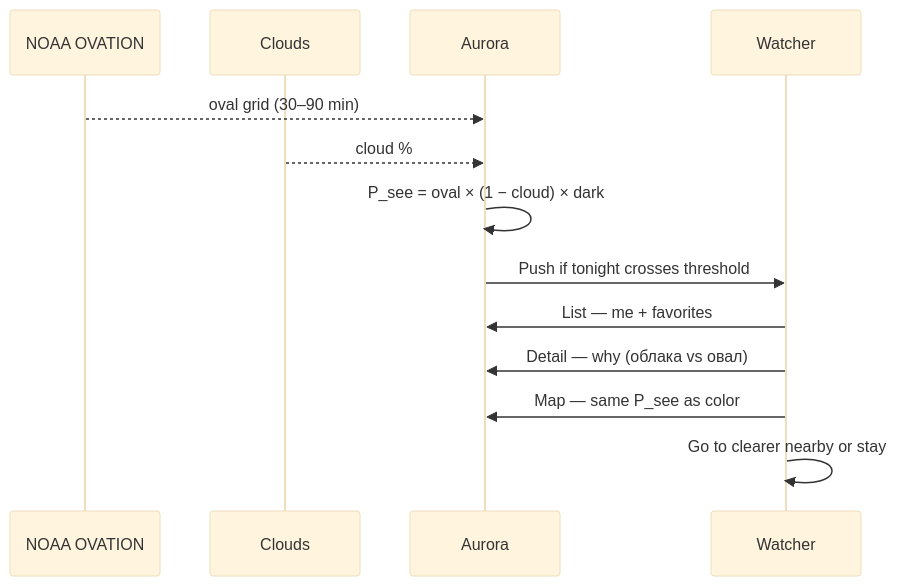
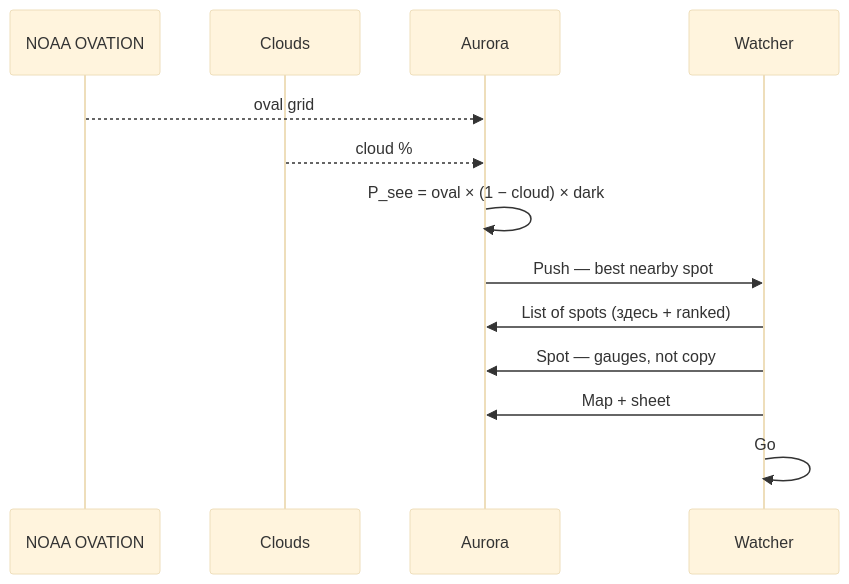
Before and after one commit to littlewhywhat/legal-360: the diagram in cases/aurora/docs/flows/to-be.md, drawn with Mermaid (base theme). The commit also changed other lines of this file and 4 other files, not shown here.

First line of the commit message:
feat: aurora list is spots, denser UI

````diff
--- a/cases/aurora/docs/flows/to-be.md
+++ b/cases/aurora/docs/flows/to-be.md
@@ -11,16 +11,16 @@
 ```mermaid
 sequenceDiagram
   participant NOAA as NOAA OVATION
   participant Wx as Clouds
   participant App as Aurora
   participant W as Watcher
 
-  NOAA-->>App: oval grid (30–90 min)
+  NOAA-->>App: oval grid
   Wx-->>App: cloud %
   App->>App: P_see = oval × (1 − cloud) × dark
-  App->>W: Push if tonight crosses threshold
-  W->>App: List — me + favorites
-  W->>App: Detail — why (облака vs овал)
-  W->>App: Map — same P_see as color
-  W->>W: Go to clearer nearby or stay
+  App->>W: Push — best nearby spot
+  W->>App: List of spots (здесь + ranked)
+  W->>App: Spot — gauges, not copy
+  W->>App: Map + sheet
+  W->>W: Go
 ```
````
